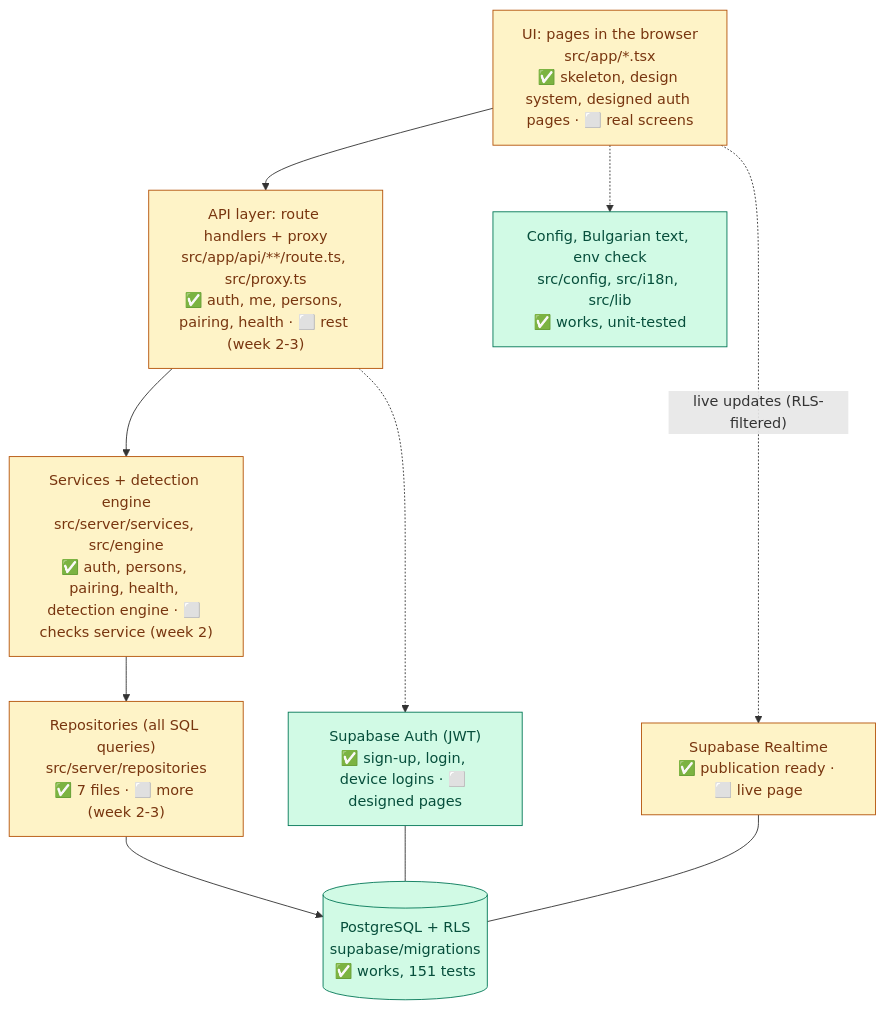
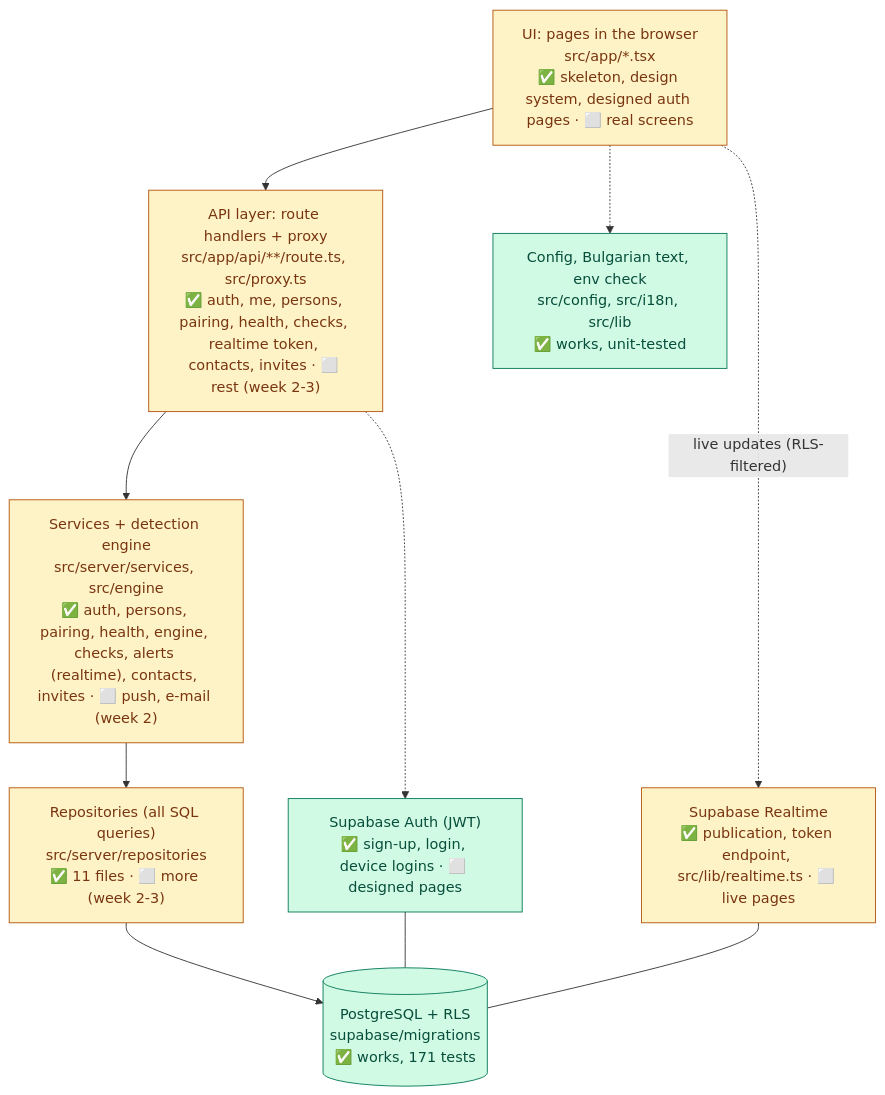
The diagram in docs/HOW_IT_WORKS.md (AVGe0rgiev23/Scamly), drawn with Mermaid before and after one commit. The commit also changed other lines of this file and 50 other files, not shown here.

Commit message:
Add Week 2 backend: checks API, family alerts with Realtime, acknowledge, contacts and invites

````diff
--- a/docs/HOW_IT_WORKS.md
+++ b/docs/HOW_IT_WORKS.md
@@ -36,24 +38,24 @@
 ```mermaid
 flowchart TB
   UI["UI: pages in the browser<br/>src/app/*.tsx<br/>✅ skeleton, design system, designed auth pages · ⬜ real screens"]
-  API["API layer: route handlers + proxy<br/>src/app/api/**/route.ts, src/proxy.ts<br/>✅ auth, me, persons, pairing, health · ⬜ rest (week 2-3)"]
-  SVC["Services + detection engine<br/>src/server/services, src/engine<br/>✅ auth, persons, pairing, health, detection engine · ⬜ checks service (week 2)"]
-  REPO["Repositories (all SQL queries)<br/>src/server/repositories<br/>✅ 7 files · ⬜ more (week 2-3)"]
-  PG[("PostgreSQL + RLS<br/>supabase/migrations<br/>✅ works, 151 tests")]
+  API["API layer: route handlers + proxy<br/>src/app/api/**/route.ts, src/proxy.ts<br/>✅ auth, me, persons, pairing, health, checks, realtime token, contacts, invites · ⬜ rest (week 2-3)"]
+  SVC["Services + detection engine<br/>src/server/services, src/engine<br/>✅ auth, persons, pairing, health, engine, checks, alerts (realtime), contacts, invites · ⬜ push, e-mail (week 2)"]
+  REPO["Repositories (all SQL queries)<br/>src/server/repositories<br/>✅ 11 files · ⬜ more (week 2-3)"]
+  PG[("PostgreSQL + RLS<br/>supabase/migrations<br/>✅ works, 171 tests")]
   AUTH["Supabase Auth (JWT)<br/>✅ sign-up, login, device logins · ⬜ designed pages"]
-  RT["Supabase Realtime<br/>✅ publication ready · ⬜ live page"]
+  RT["Supabase Realtime<br/>✅ publication, token endpoint, src/lib/realtime.ts · ⬜ live pages"]
   CFG["Config, Bulgarian text, env check<br/>src/config, src/i18n, src/lib<br/>✅ works, unit-tested"]
 
   UI --> API --> SVC --> REPO --> PG
   UI -.-> CFG
   API -.-> AUTH
   AUTH --- PG
   RT --- PG
   UI -. "live updates (RLS-filtered)" .-> RT
 
   classDef done fill:#d1fae5,stroke:#047857,color:#064e3b
   classDef planned fill:#f3f4f6,stroke:#6b7280,stroke-dasharray:5 5,color:#374151
   classDef partly fill:#fef3c7,stroke:#b45309,color:#78350f
   class PG,CFG,AUTH done
   class UI,API,SVC,REPO,RT partly
 ```
````
